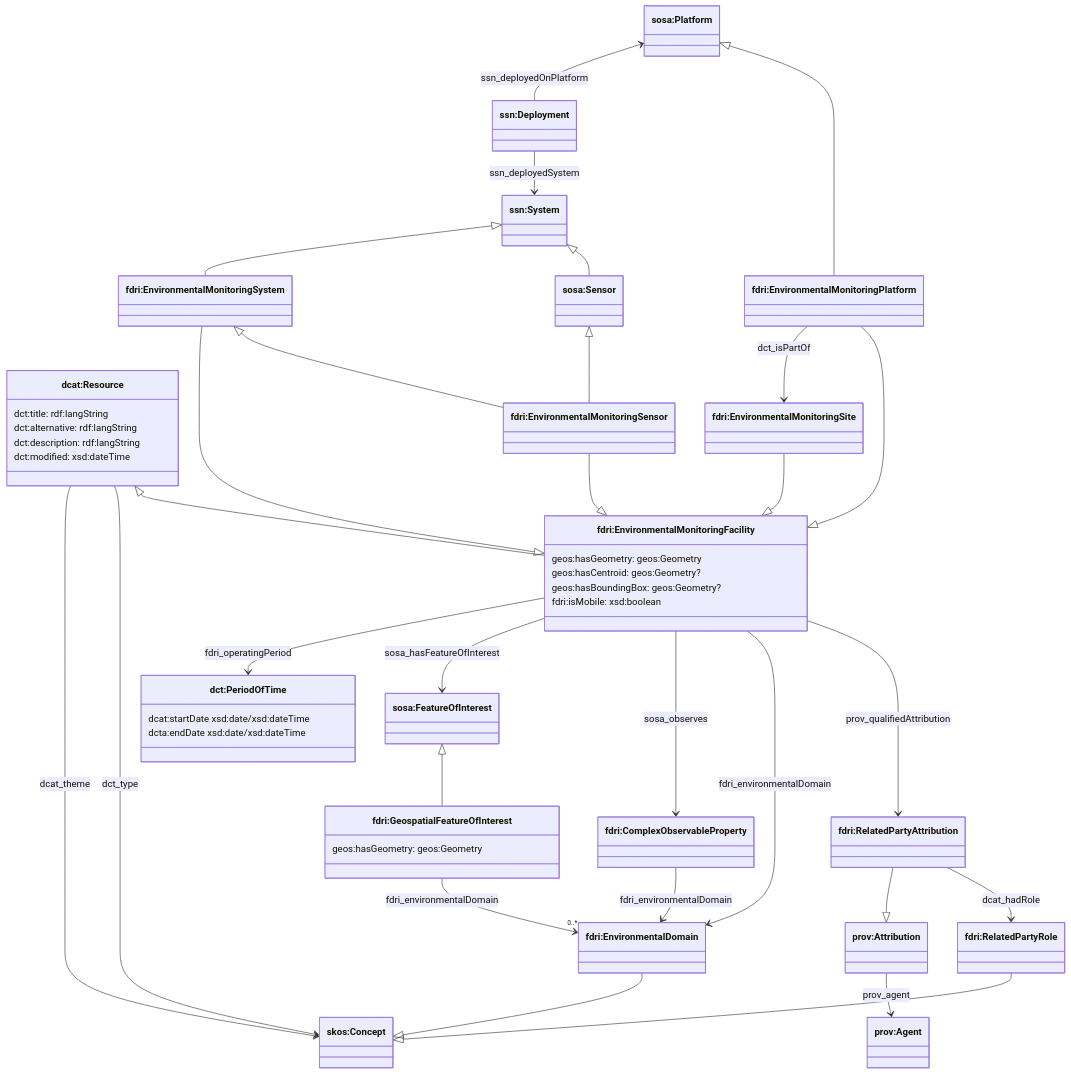
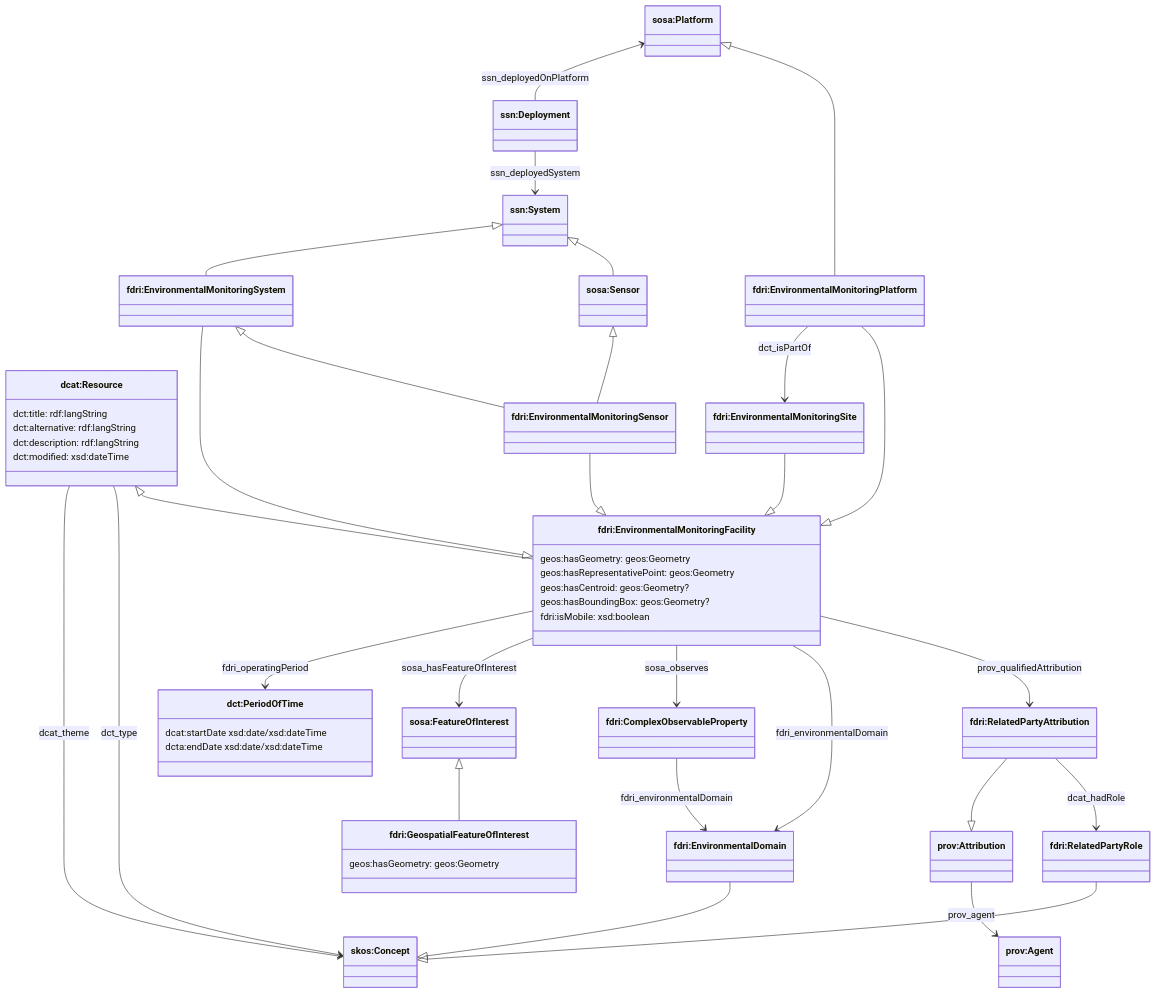
The first of 2 diagrams in ontology/doc/emf.md (NERC-CEH/fdri-ontology), drawn with Mermaid before and after one commit. The commit also changed other lines of this file and 4 other files, not shown here.

Commit message:
Tidy up FoI and environmentalDomain usage * Update usage of environmentalDomain * Update geometry properties for GeospatialFeatureOfInterest (#34) * Make Environmental/GeospatialFeatureOfInterest usage consistent.

````diff
--- a/ontology/doc/emf.md
+++ b/ontology/doc/emf.md
@@ -23,67 +21,67 @@
 ```mermaid
 classDiagram
   class Resource["dcat:Resource"] {
     dct:title: rdf:langString
     dct:alternative: rdf:langString
     dct:description: rdf:langString
     dct:modified: xsd:dateTime
   }
   class EMPlatform["fdri:EnvironmentalMonitoringPlatform"]
   class EMSite["fdri:EnvironmentalMonitoringSite"] 
   class EMSensor["fdri:EnvironmentalMonitoringSensor"]
   class EMSystem["fdri:EnvironmentalMonitoringSystem"]
   class Deployment["ssn:Deployment"]
   class Sensor["sosa:Sensor"]
   class System["ssn:System"]
   class Platform["sosa:Platform"]
   class EMFacility["fdri:EnvironmentalMonitoringFacility"] {
     geos:hasGeometry: geos:Geometry
+    geos:hasRepresentativePoint: geos:Geometry
     geos:hasCentroid: geos:Geometry?
     geos:hasBoundingBox: geos:Geometry?
     fdri:isMobile: xsd:boolean
   }
   class PeriodOfTime["dct:PeriodOfTime"] {
     dcat:startDate xsd:date/xsd:dateTime
     dcta:endDate xsd:date/xsd:dateTime
   }
   class RelatedParty["fdri:RelatedPartyAttribution"]
   class Attribution["prov:Attribution"]
   class Agent["prov:Agent"]
   class AgentRole["fdri:RelatedPartyRole"]
   class COP["fdri:ComplexObservableProperty"]
   class Concept["skos:Concept"]
   class EnvironmentalDomain["fdri:EnvironmentalDomain"]
   class GeospatialFOI["fdri:GeospatialFeatureOfInterest"] {
     geos:hasGeometry: geos:Geometry
   }
   class FOI["sosa:FeatureOfInterest"]
   FOI <|-- GeospatialFOI
-  GeospatialFOI --> "0..*" EnvironmentalDomain: fdri_environmentalDomain
 
   Resource <|-- EMFacility
   EMFacility --> RelatedParty: prov_qualifiedAttribution
   Resource --> Concept: dct_type
   Resource --> Concept: dcat_theme
   EnvironmentalDomain --|> Concept
   EMFacility --> EnvironmentalDomain: fdri_environmentalDomain
   EMFacility --> COP: sosa_observes
   EMFacility --> FOI: sosa_hasFeatureOfInterest
   EMFacility --> PeriodOfTime: fdri_operatingPeriod
   RelatedParty --> AgentRole: dcat_hadRole
   AgentRole --|> Concept
   Sensor <|-- EMSensor
   System <|-- Sensor
   System <|-- EMSystem
   EMSystem <|-- EMSensor
   Platform <|-- EMPlatform
   Deployment --> System: ssn_deployedSystem
   Platform <-- Deployment: ssn_deployedOnPlatform
   EMPlatform --|> EMFacility
   EMSite --|> EMFacility
   EMSensor --|> EMFacility
   EMSystem --|> EMFacility
   EMPlatform --> EMSite: dct_isPartOf
   RelatedParty --|> Attribution
   Attribution --> Agent: prov_agent
   COP --> EnvironmentalDomain: fdri_environmentalDomain
 ```
````
